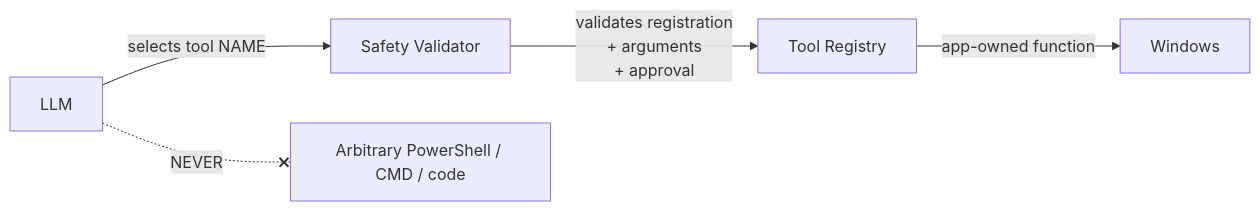
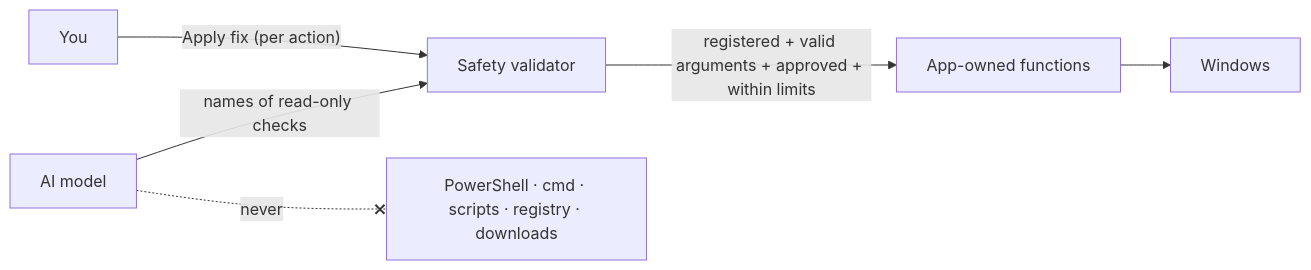
The second of 2 diagrams in README.md (Noyoucringe/WinFix-AI), drawn with Mermaid before and after one commit. The commit also changed other lines of this file and 19 other files, not shown here.

````diff
--- a/README.md
+++ b/README.md
@@ -66,7 +106,8 @@
 ```mermaid
 flowchart LR
-    LLM[LLM] -- selects tool NAME --> SV[Safety Validator]
-    SV -- validates registration<br/>+ arguments<br/>+ approval --> REG[Tool Registry]
-    REG -- app-owned function --> WIN[Windows]
-    LLM -. NEVER .-x SHELL[Arbitrary PowerShell / CMD / code]
+    LLM["AI model"] -- "names of read-only checks" --> SV["Safety validator"]
+    User["You"] -- "Apply fix (per action)" --> SV
+    SV -- "registered + valid arguments + approved + within limits" --> REG["App-owned functions"]
+    REG --> WIN["Windows"]
+    LLM -. "never" .-x SHELL["PowerShell · cmd · scripts · registry · downloads"]
 ```
````
